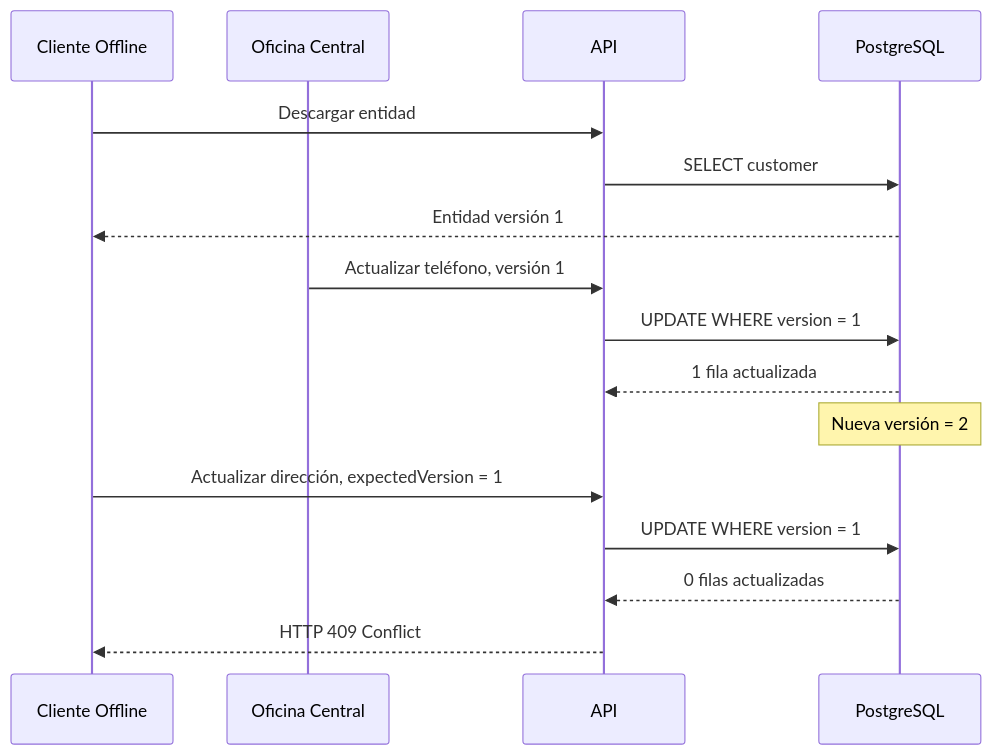
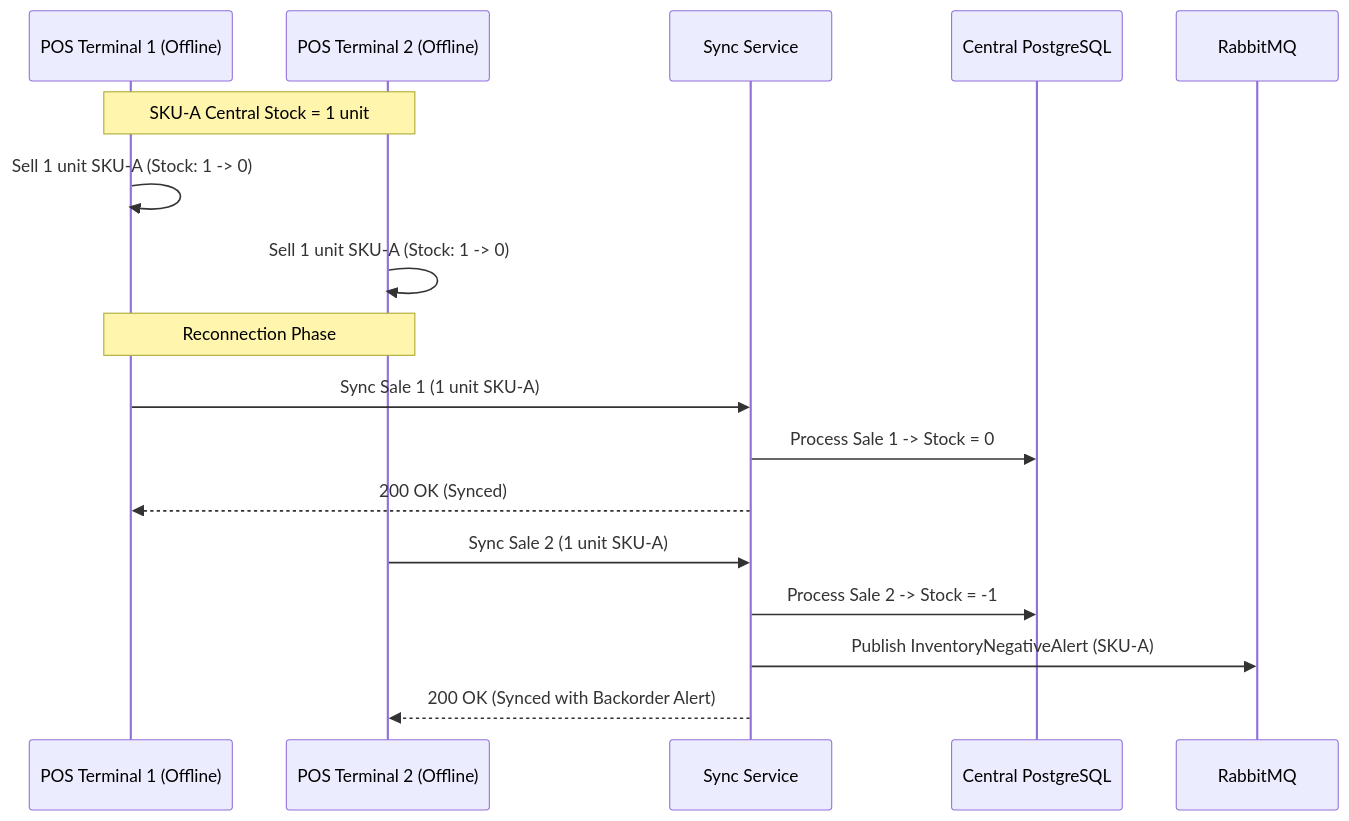
One commit to migueval/software-engineering changed the second of 2 diagrams in Connectivity Strategies in Distributed Systems/CONFLICT_RESOLUTION.md. Above: the diagram before and after it, drawn with Mermaid. The commit also changed other lines of this file and 19 other files, not shown here.

````diff
--- a/Connectivity Strategies in Distributed Systems/CONFLICT_RESOLUTION.md
+++ b/Connectivity Strategies in Distributed Systems/CONFLICT_RESOLUTION.md
@@ -1509,23 +71,23 @@
 ```mermaid
 sequenceDiagram
+    participant POS1 as POS Terminal 1 (Offline)
+    participant POS2 as POS Terminal 2 (Offline)
+    participant Sync as Sync Service
+    participant DB as Central PostgreSQL
+    participant MQ as RabbitMQ
 
-participant Offline as Cliente Offline
-participant Admin as Oficina Central
-participant API
-participant DB as PostgreSQL
+    Note over POS1, POS2: SKU-A Central Stock = 1 unit
+    POS1->>POS1: Sell 1 unit SKU-A (Stock: 1 -> 0)
+    POS2->>POS2: Sell 1 unit SKU-A (Stock: 1 -> 0)
 
-Offline->>API: Descargar entidad
-API->>DB: SELECT customer
-DB-->>Offline: Entidad versión 1
+    Note over POS1, POS2: Reconnection Phase
 
-Admin->>API: Actualizar teléfono, versión 1
-API->>DB: UPDATE WHERE version = 1
-DB-->>API: 1 fila actualizada
-Note over DB: Nueva versión = 2
+    POS1->>Sync: Sync Sale 1 (1 unit SKU-A)
+    Sync->>DB: Process Sale 1 -> Stock = 0
+    Sync-->>POS1: 200 OK (Synced)
 
-Offline->>API: Actualizar dirección, expectedVersion = 1
-API->>DB: UPDATE WHERE version = 1
-DB-->>API: 0 filas actualizadas
-
-API-->>Offline: HTTP 409 Conflict
+    POS2->>Sync: Sync Sale 2 (1 unit SKU-A)
+    Sync->>DB: Process Sale 2 -> Stock = -1
+    Sync->>MQ: Publish InventoryNegativeAlert (SKU-A)
+    Sync-->>POS2: 200 OK (Synced with Backorder Alert)
 ```
````
